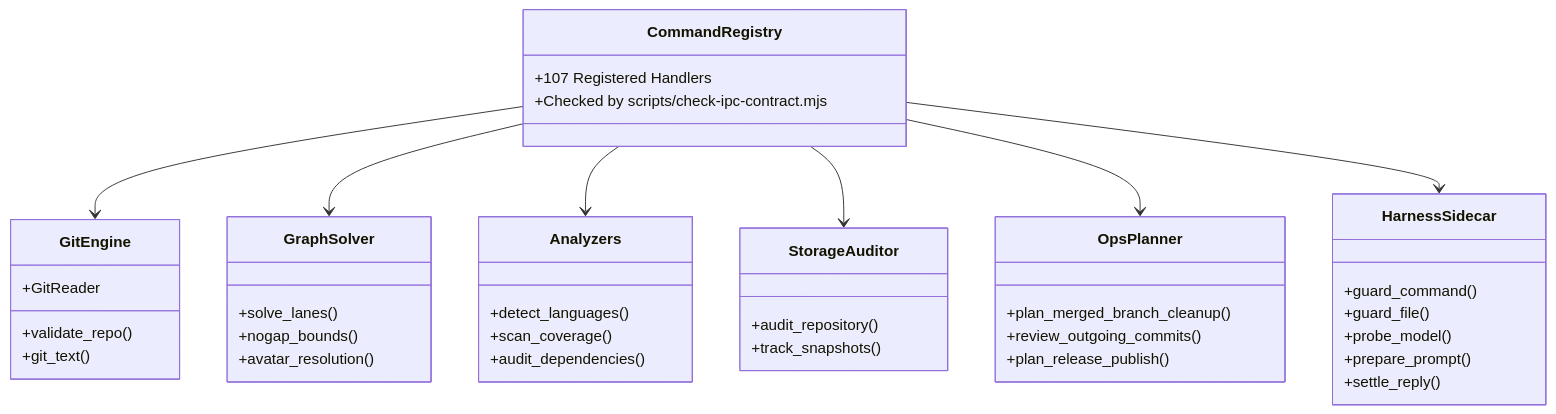
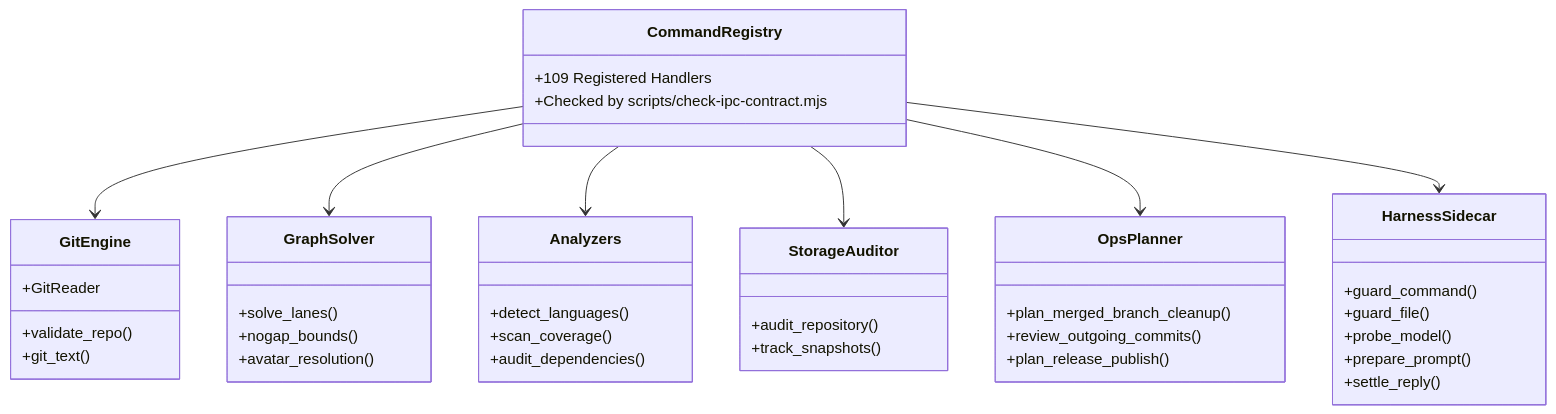
Before and after one commit to bharathvbcr/GitPulse: the third of 4 diagrams in docs/ARCHITECTURE.md, drawn with Mermaid. The commit also changed other lines of this file and 19 other files, not shown here.

````diff
--- a/docs/ARCHITECTURE.md
+++ b/docs/ARCHITECTURE.md
@@ -96,45 +96,45 @@
 ```mermaid
 classDiagram
     class CommandRegistry {
-        +107 Registered Handlers
+        +109 Registered Handlers
         +Checked by scripts/check-ipc-contract.mjs
     }
     class GitEngine {
         +validate_repo()
         +git_text()
         +GitReader
     }
     class GraphSolver {
         +solve_lanes()
         +nogap_bounds()
         +avatar_resolution()
     }
     class Analyzers {
         +detect_languages()
         +scan_coverage()
         +audit_dependencies()
     }
     class StorageAuditor {
         +audit_repository()
         +track_snapshots()
     }
     class OpsPlanner {
         +plan_merged_branch_cleanup()
         +review_outgoing_commits()
         +plan_release_publish()
     }
     class HarnessSidecar {
         +guard_command()
         +guard_file()
         +probe_model()
         +prepare_prompt()
         +settle_reply()
     }
 
     CommandRegistry --> GitEngine
     CommandRegistry --> GraphSolver
     CommandRegistry --> Analyzers
     CommandRegistry --> StorageAuditor
     CommandRegistry --> OpsPlanner
     CommandRegistry --> HarnessSidecar
 ```
````
